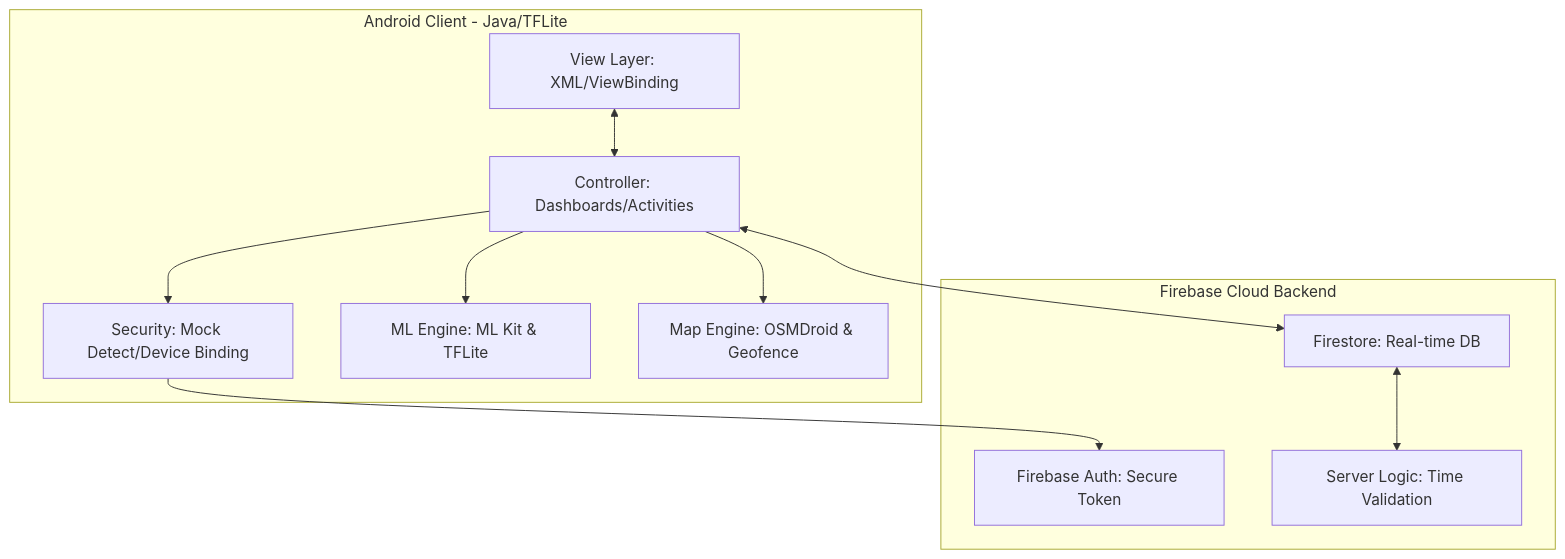
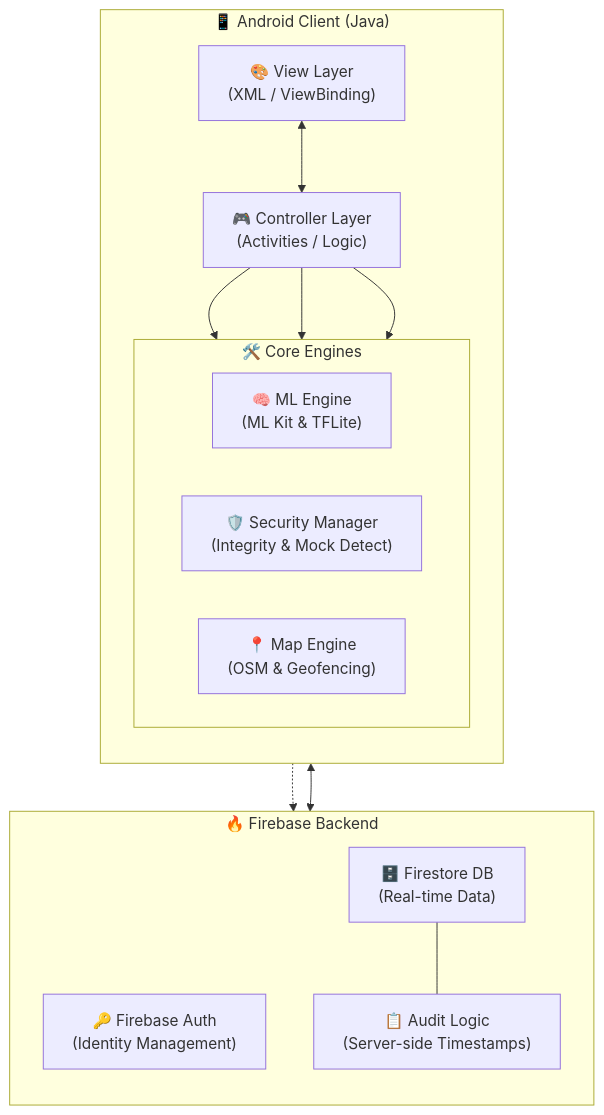
Before and after one commit to Saimanoj2325/GeoAttend: the second of 2 diagrams in README.md, drawn with Mermaid.

Commit message:
docs(readme): overhaul technical architecture diagram for clarity and professional look

````diff
--- a/README.md
+++ b/README.md
@@ -77,24 +77,31 @@
 ```mermaid
 graph TD
-    subgraph Client [Android Client - Java/TFLite]
-        UI[View Layer: XML/ViewBinding]
-        VM[Controller: Dashboards/Activities]
-        SEC[Security: Mock Detect/Device Binding]
-        AI[ML Engine: ML Kit & TFLite]
-        MAP[Map Engine: OSMDroid & Geofence]
+    subgraph Client ["📱 Android Client (Java)"]
+        direction TB
+        UI["🎨 View Layer<br/>(XML / ViewBinding)"]
+        VM["🎮 Controller Layer<br/>(Activities / Logic)"]
+        
+        subgraph Core ["🛠️ Core Engines"]
+            direction LR
+            AI["🧠 ML Engine<br/>(ML Kit & TFLite)"]
+            SEC["🛡️ Security Manager<br/>(Integrity & Mock Detect)"]
+            MAP["📍 Map Engine<br/>(OSM & Geofencing)"]
+        end
+        
+        UI <--> VM
+        VM --> AI
+        VM --> SEC
+        VM --> MAP
     end
 
-    subgraph Backend [Firebase Cloud Backend]
-        AUTH[Firebase Auth: Secure Token]
-        STORE[Firestore: Real-time DB]
-        FUNC[Server Logic: Time Validation]
+    subgraph Backend ["🔥 Firebase Backend"]
+        direction TB
+        AUTH["🔑 Firebase Auth<br/>(Identity Management)"]
+        DB["🗄️ Firestore DB<br/>(Real-time Data)"]
+        Audit["📋 Audit Logic<br/>(Server-side Timestamps)"]
     end
 
-    UI <--> VM
-    VM --> SEC
-    VM --> AI
-    VM --> MAP
-    SEC --> AUTH
-    VM <--> STORE
-    STORE <--> FUNC
+    SEC -.-> AUTH
+    VM <--> DB
+    DB --- Audit
 ```
````
